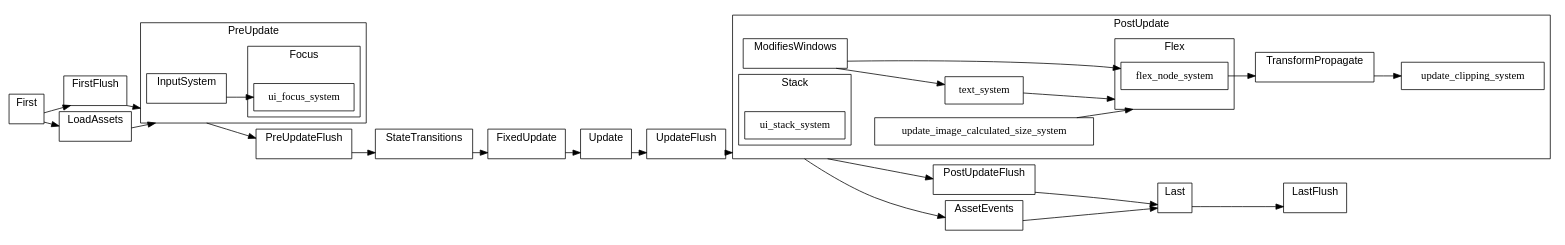
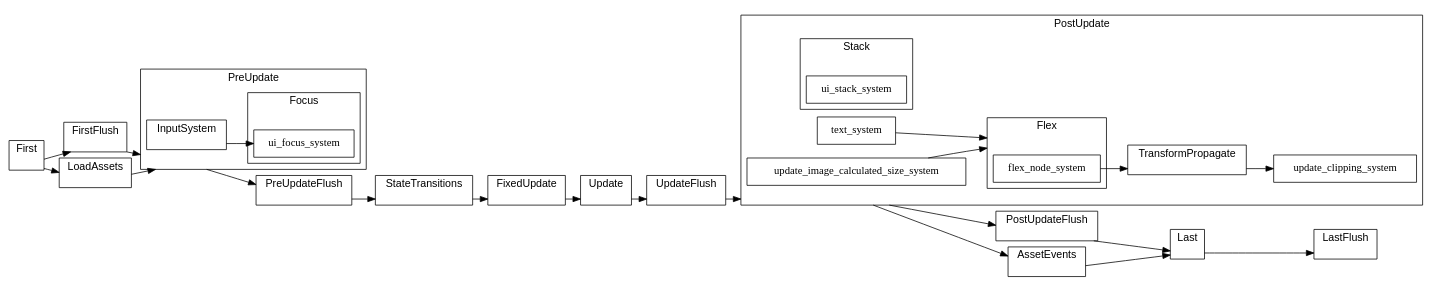
Before and after one commit to jakobhellermann/bevy_mod_debugdump: the diagram in docs/by-crate/light/schedule_Main_bevy_ui.dot, drawn with Graphviz. The commit also changed 35 other files, not shown here.

```diff
--- a/docs/by-crate/light/schedule_Main_bevy_ui.dot
+++ b/docs/by-crate/light/schedule_Main_bevy_ui.dot
@@ -1,157 +1,149 @@
 digraph "schedule" {
 	"compound"="true";
 	"splines"="spline";
 	"rankdir"="LR";
 	"bgcolor"="white";
 	"fontname"="Helvetica";
 	node ["shape"="box", "style"="filled", "fillcolor"="white", "color"="black"];
 	edge ["color"="black"];
 	subgraph "clusternode_Set(0)" {
 		"label"="Update";
 		"bgcolor"="white";
 		"set_marker_node_Set(0)" ["style"="invis", "label"="", "height"="0", "shape"="point"]
 	}
 	
 	subgraph "clusternode_Set(2)" {
 		"label"="FirstFlush";
 		"bgcolor"="white";
 		"set_marker_node_Set(2)" ["style"="invis", "label"="", "height"="0", "shape"="point"]
 	}
 	
 	subgraph "clusternode_Set(3)" {
 		"label"="PreUpdateFlush";
 		"bgcolor"="white";
 		"set_marker_node_Set(3)" ["style"="invis", "label"="", "height"="0", "shape"="point"]
 	}
 	
 	subgraph "clusternode_Set(4)" {
 		"label"="UpdateFlush";
 		"bgcolor"="white";
 		"set_marker_node_Set(4)" ["style"="invis", "label"="", "height"="0", "shape"="point"]
 	}
 	
 	subgraph "clusternode_Set(5)" {
 		"label"="PostUpdateFlush";
 		"bgcolor"="white";
 		"set_marker_node_Set(5)" ["style"="invis", "label"="", "height"="0", "shape"="point"]
 	}
 	
 	subgraph "clusternode_Set(6)" {
 		"label"="LastFlush";
 		"bgcolor"="white";
 		"set_marker_node_Set(6)" ["style"="invis", "label"="", "height"="0", "shape"="point"]
 	}
 	
 	subgraph "clusternode_Set(7)" {
 		"label"="First";
 		"bgcolor"="white";
 		"set_marker_node_Set(7)" ["style"="invis", "label"="", "height"="0", "shape"="point"]
 	}
 	
 	subgraph "clusternode_Set(8)" {
 		"label"="PreUpdate";
 		"bgcolor"="white";
 		"set_marker_node_Set(8)" ["style"="invis", "label"="", "height"="0", "shape"="point"]
 		subgraph "clusternode_Set(24)" {
 			"label"="InputSystem";
 			"bgcolor"="white";
 			"set_marker_node_Set(24)" ["style"="invis", "label"="", "height"="0", "shape"="point"]
 		}
 		
-		subgraph "clusternode_Set(116)" {
+		subgraph "clusternode_Set(115)" {
 			"label"="Focus";
 			"bgcolor"="white";
-			"set_marker_node_Set(116)" ["style"="invis", "label"="", "height"="0", "shape"="point"]
+			"set_marker_node_Set(115)" ["style"="invis", "label"="", "height"="0", "shape"="point"]
 			"node_System(95)" ["label"="ui_focus_system"]
 		}
 		
 	}
 	
 	subgraph "clusternode_Set(9)" {
 		"label"="StateTransitions";
 		"bgcolor"="white";
 		"set_marker_node_Set(9)" ["style"="invis", "label"="", "height"="0", "shape"="point"]
 	}
 	
 	subgraph "clusternode_Set(10)" {
 		"label"="FixedUpdate";
 		"bgcolor"="white";
 		"set_marker_node_Set(10)" ["style"="invis", "label"="", "height"="0", "shape"="point"]
 	}
 	
 	subgraph "clusternode_Set(11)" {
 		"label"="PostUpdate";
 		"bgcolor"="white";
 		"set_marker_node_Set(11)" ["style"="invis", "label"="", "height"="0", "shape"="point"]
 		subgraph "clusternode_Set(20)" {
 			"label"="TransformPropagate";
 			"bgcolor"="white";
 			"set_marker_node_Set(20)" ["style"="invis", "label"="", "height"="0", "shape"="point"]
 		}
 		
-		subgraph "clusternode_Set(70)" {
-			"label"="ModifiesWindows";
+		subgraph "clusternode_Set(116)" {
+			"label"="Flex";
 			"bgcolor"="white";
-			"set_marker_node_Set(70)" ["style"="invis", "label"="", "height"="0", "shape"="point"]
+			"set_marker_node_Set(116)" ["style"="invis", "label"="", "height"="0", "shape"="point"]
+			"node_System(98)" ["label"="flex_node_system"]
 		}
 		
 		subgraph "clusternode_Set(117)" {
-			"label"="Flex";
+			"label"="Stack";
 			"bgcolor"="white";
 			"set_marker_node_Set(117)" ["style"="invis", "label"="", "height"="0", "shape"="point"]
-			"node_System(98)" ["label"="flex_node_system"]
-		}
-		
-		subgraph "clusternode_Set(118)" {
-			"label"="Stack";
-			"bgcolor"="white";
-			"set_marker_node_Set(118)" ["style"="invis", "label"="", "height"="0", "shape"="point"]
 			"node_System(99)" ["label"="ui_stack_system"]
 		}
 		
 		"node_System(96)" ["label"="text_system"]
 		"node_System(97)" ["label"="update_image_calculated_size_system"]
 		"node_System(100)" ["label"="update_clipping_system"]
 	}
 	
 	subgraph "clusternode_Set(12)" {
 		"label"="Last";
 		"bgcolor"="white";
 		"set_marker_node_Set(12)" ["style"="invis", "label"="", "height"="0", "shape"="point"]
 	}
 	
 	subgraph "clusternode_Set(58)" {
 		"label"="LoadAssets";
 		"bgcolor"="white";
 		"set_marker_node_Set(58)" ["style"="invis", "label"="", "height"="0", "shape"="point"]
 	}
 	
 	subgraph "clusternode_Set(59)" {
 		"label"="AssetEvents";
 		"bgcolor"="white";
 		"set_marker_node_Set(59)" ["style"="invis", "label"="", "height"="0", "shape"="point"]
 	}
 	
 	"set_marker_node_Set(7)" -> "set_marker_node_Set(2)" ["lhead"="clusternode_Set(2)", "ltail"="clusternode_Set(7)"]
 	"set_marker_node_Set(2)" -> "set_marker_node_Set(8)" ["lhead"="clusternode_Set(8)", "ltail"="clusternode_Set(2)"]
 	"set_marker_node_Set(8)" -> "set_marker_node_Set(3)" ["lhead"="clusternode_Set(3)", "ltail"="clusternode_Set(8)"]
 	"set_marker_node_Set(3)" -> "set_marker_node_Set(9)" ["lhead"="clusternode_Set(9)", "ltail"="clusternode_Set(3)"]
 	"set_marker_node_Set(9)" -> "set_marker_node_Set(10)" ["lhead"="clusternode_Set(10)", "ltail"="clusternode_Set(9)"]
 	"set_marker_node_Set(10)" -> "set_marker_node_Set(0)" ["lhead"="clusternode_Set(0)", "ltail"="clusternode_Set(10)"]
 	"set_marker_node_Set(0)" -> "set_marker_node_Set(4)" ["lhead"="clusternode_Set(4)", "ltail"="clusternode_Set(0)"]
 	"set_marker_node_Set(4)" -> "set_marker_node_Set(11)" ["lhead"="clusternode_Set(11)", "ltail"="clusternode_Set(4)"]
 	"set_marker_node_Set(11)" -> "set_marker_node_Set(5)" ["lhead"="clusternode_Set(5)", "ltail"="clusternode_Set(11)"]
 	"set_marker_node_Set(5)" -> "set_marker_node_Set(12)" ["lhead"="clusternode_Set(12)", "ltail"="clusternode_Set(5)"]
 	"set_marker_node_Set(12)" -> "set_marker_node_Set(6)" ["lhead"="clusternode_Set(6)", "ltail"="clusternode_Set(12)"]
 	"set_marker_node_Set(58)" -> "set_marker_node_Set(8)" ["lhead"="clusternode_Set(8)", "ltail"="clusternode_Set(58)"]
 	"set_marker_node_Set(7)" -> "set_marker_node_Set(58)" ["lhead"="clusternode_Set(58)", "ltail"="clusternode_Set(7)"]
 	"set_marker_node_Set(11)" -> "set_marker_node_Set(59)" ["lhead"="clusternode_Set(59)", "ltail"="clusternode_Set(11)"]
 	"set_marker_node_Set(59)" -> "set_marker_node_Set(12)" ["lhead"="clusternode_Set(12)", "ltail"="clusternode_Set(59)"]
 	"set_marker_node_Set(24)" -> "node_System(95)" ["lhead"="", "ltail"="clusternode_Set(24)"]
-	"node_System(96)" -> "set_marker_node_Set(117)" ["lhead"="clusternode_Set(117)", "ltail"=""]
-	"set_marker_node_Set(70)" -> "node_System(96)" ["lhead"="", "ltail"="clusternode_Set(70)"]
-	"node_System(97)" -> "set_marker_node_Set(117)" ["lhead"="clusternode_Set(117)", "ltail"=""]
+	"node_System(96)" -> "set_marker_node_Set(116)" ["lhead"="clusternode_Set(116)", "ltail"=""]
+	"node_System(97)" -> "set_marker_node_Set(116)" ["lhead"="clusternode_Set(116)", "ltail"=""]
 	"node_System(98)" -> "set_marker_node_Set(20)" ["lhead"="clusternode_Set(20)", "ltail"=""]
-	"set_marker_node_Set(70)" -> "node_System(98)" ["lhead"="", "ltail"="clusternode_Set(70)"]
 	"set_marker_node_Set(20)" -> "node_System(100)" ["lhead"="", "ltail"="clusternode_Set(20)"]
 }
```
